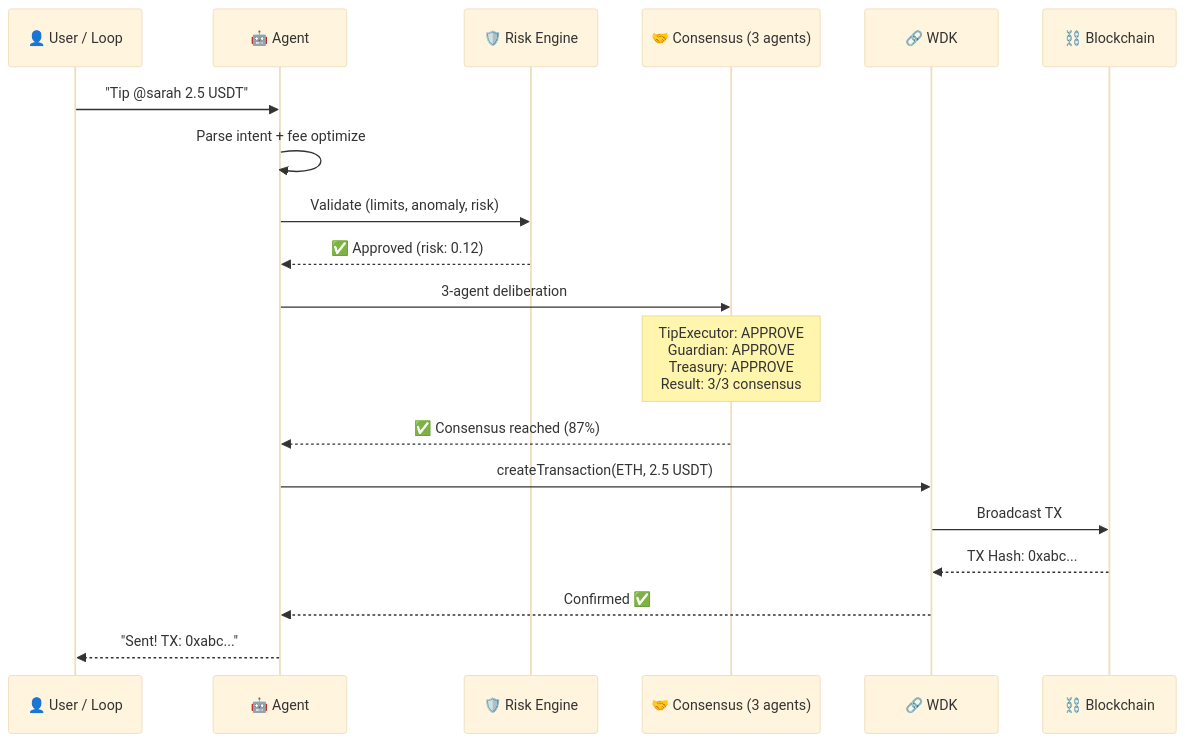
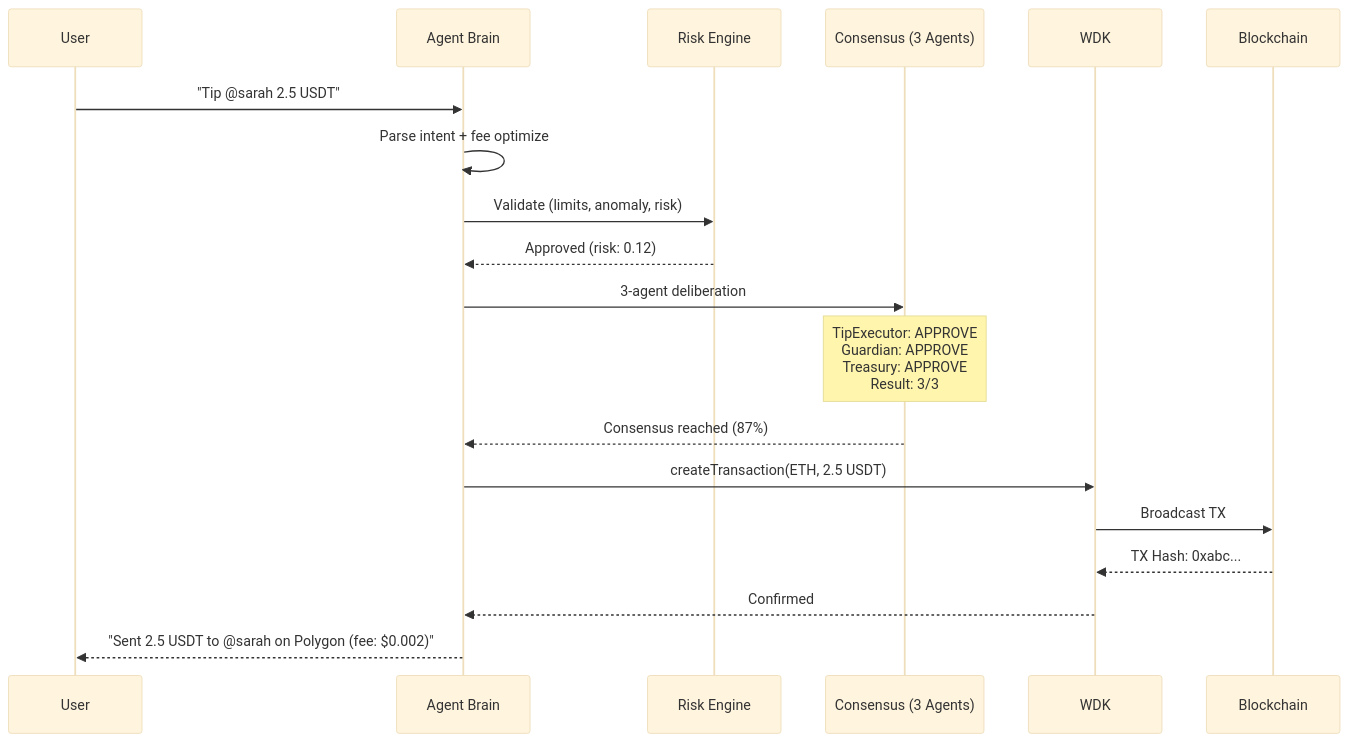
Before and after one commit to agdanish/aerofyta: the second of 3 diagrams in README.md, drawn with Mermaid (base theme). The commit also changed other lines of this file and 21 other files, not shown here.

````diff
--- a/README.md
+++ b/README.md
@@ -264,22 +96,22 @@
 ```mermaid
 sequenceDiagram
-    participant U as 👤 User / Loop
-    participant A as 🤖 Agent
-    participant R as 🛡️ Risk Engine
-    participant C as 🤝 Consensus (3 agents)
-    participant W as 🔗 WDK
-    participant B as ⛓️ Blockchain
+    participant U as User
+    participant A as Agent Brain
+    participant R as Risk Engine
+    participant C as Consensus (3 Agents)
+    participant W as WDK
+    participant B as Blockchain
 
     U->>A: "Tip @sarah 2.5 USDT"
     A->>A: Parse intent + fee optimize
     A->>R: Validate (limits, anomaly, risk)
-    R-->>A: ✅ Approved (risk: 0.12)
+    R-->>A: Approved (risk: 0.12)
     A->>C: 3-agent deliberation
-    Note over C: TipExecutor: APPROVE<br/>Guardian: APPROVE<br/>Treasury: APPROVE<br/>Result: 3/3 consensus
-    C-->>A: ✅ Consensus reached (87%)
+    Note over C: TipExecutor: APPROVE<br/>Guardian: APPROVE<br/>Treasury: APPROVE<br/>Result: 3/3
+    C-->>A: Consensus reached (87%)
     A->>W: createTransaction(ETH, 2.5 USDT)
     W->>B: Broadcast TX
     B-->>W: TX Hash: 0xabc...
-    W-->>A: Confirmed ✅
-    A-->>U: "Sent! TX: 0xabc..."
+    W-->>A: Confirmed
+    A-->>U: "Sent 2.5 USDT to @sarah on Polygon (fee: $0.002)"
 ```
````
